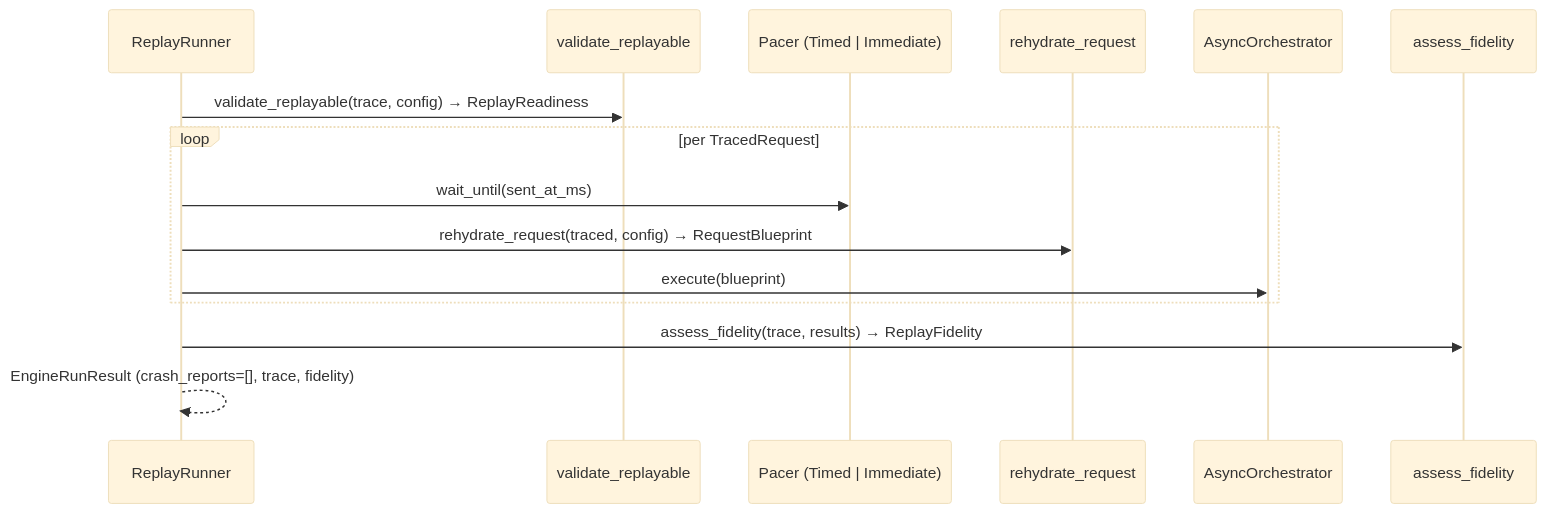
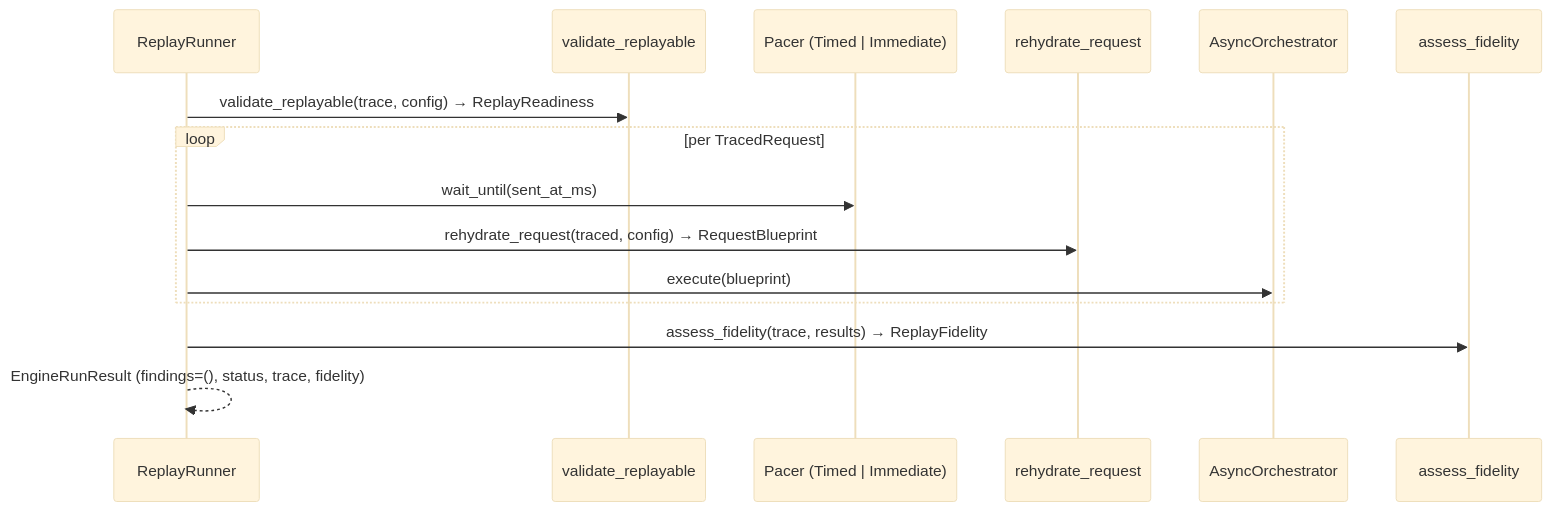
Before and after one commit to Spec-Forge-Testing/specforge-docs: the third of 5 diagrams in docs/modules/custom-schemathesis/execution-modes.md, drawn with Mermaid (base theme). The commit also changed 8 other files, not shown here.

Commit message:
docs(schemathesis): finding lifecycle, run status and replay readiness

````diff
--- a/docs/modules/custom-schemathesis/execution-modes.md
+++ b/docs/modules/custom-schemathesis/execution-modes.md
@@ -117,18 +117,18 @@
 ```mermaid
 sequenceDiagram
     participant RR as ReplayRunner
     participant VR as validate_replayable
     participant P as Pacer (Timed | Immediate)
     participant Rh as rehydrate_request
     participant Orch as AsyncOrchestrator
     participant Fi as assess_fidelity
 
     RR->>VR: validate_replayable(trace, config) → ReplayReadiness
     loop per TracedRequest
         RR->>P: wait_until(sent_at_ms)
         RR->>Rh: rehydrate_request(traced, config) → RequestBlueprint
         RR->>Orch: execute(blueprint)
     end
     RR->>Fi: assess_fidelity(trace, results) → ReplayFidelity
-    RR-->>RR: EngineRunResult (crash_reports=[], trace, fidelity)
+    RR-->>RR: EngineRunResult (findings=(), status, trace, fidelity)
 ```
````
